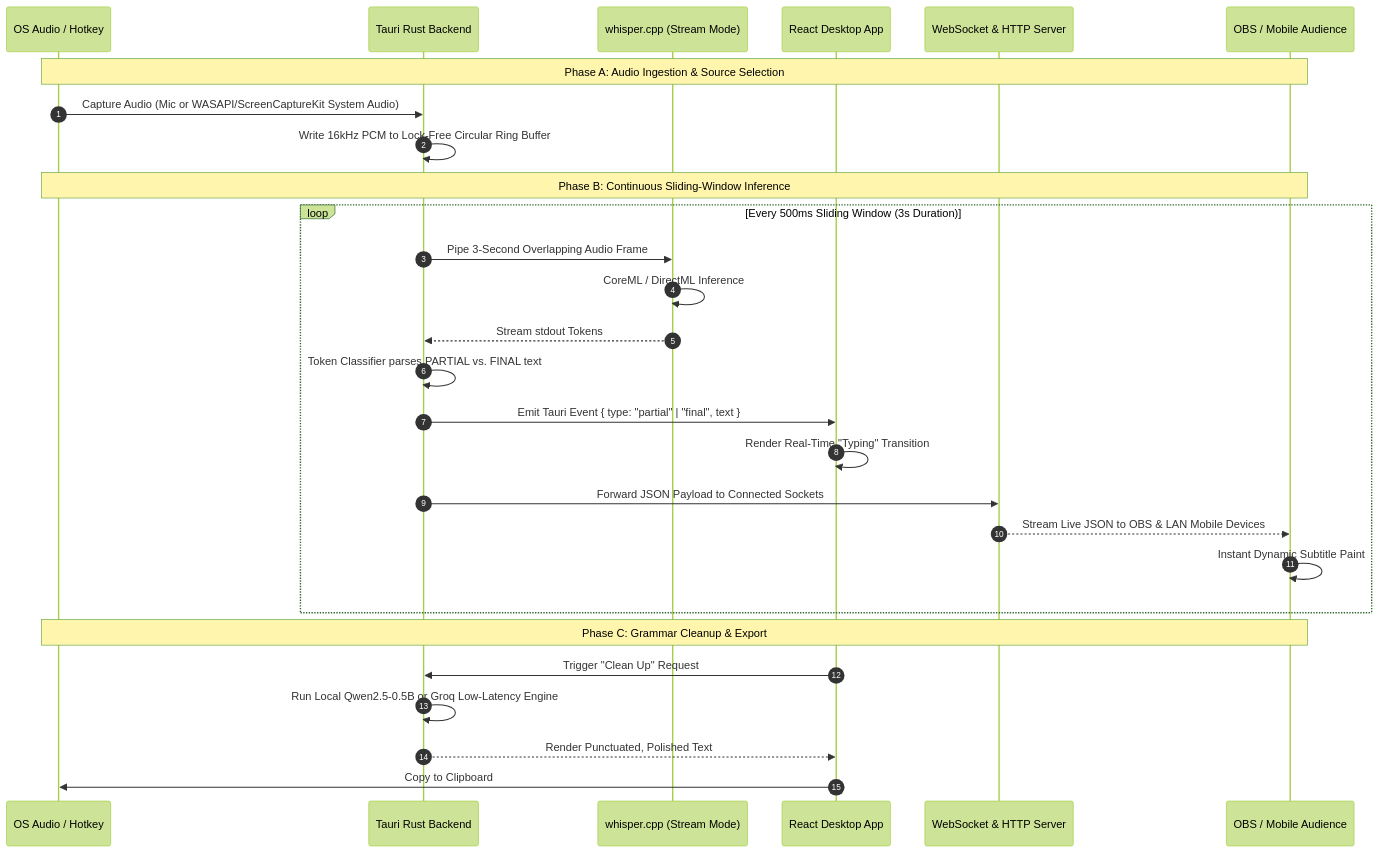
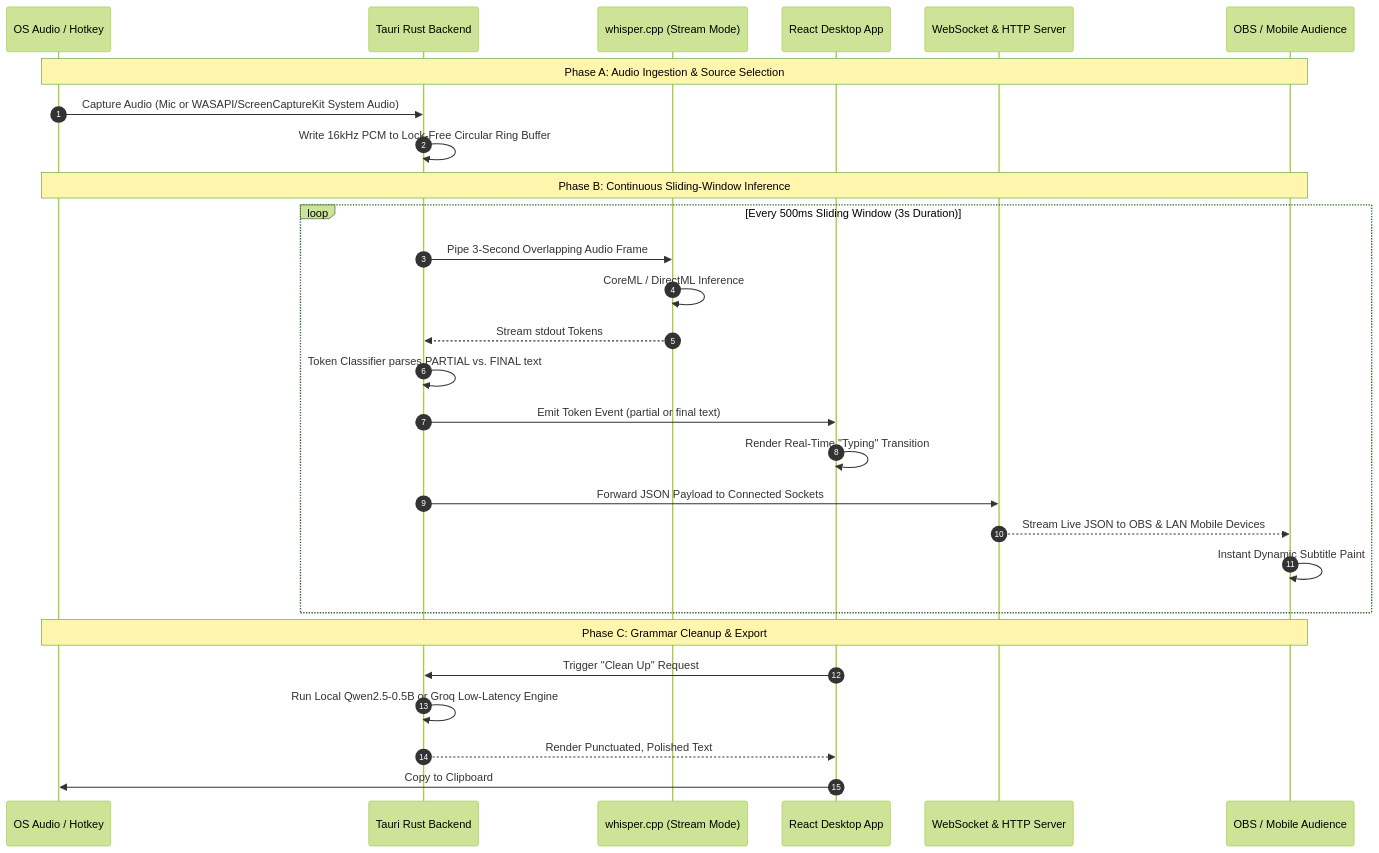
One commit to youknowme19/Team-Neaural_ninjas-Gopalan- changed the second of 2 diagrams in README.md. Above: the diagram before and after it, drawn with Mermaid (forest theme). The commit also changed other lines of this file, not shown here.

Commit message:
fix: resolve Mermaid diagram syntax error by removing curly braces in edge labels

````diff
--- a/README.md
+++ b/README.md
@@ -156,33 +156,33 @@
 ```mermaid
 sequenceDiagram
     autonumber
     participant HostOS as OS Audio / Hotkey
     participant Rust as Tauri Rust Backend
     participant Whisper as whisper.cpp (Stream Mode)
     participant DesktopUI as React Desktop App
     participant Broadcaster as WebSocket & HTTP Server
     participant Audience as OBS / Mobile Audience
 
     Note over HostOS,Audience: Phase A: Audio Ingestion & Source Selection
     HostOS->>Rust: Capture Audio (Mic or WASAPI/ScreenCaptureKit System Audio)
     Rust->>Rust: Write 16kHz PCM to Lock-Free Circular Ring Buffer
 
     Note over HostOS,Audience: Phase B: Continuous Sliding-Window Inference
     loop Every 500ms Sliding Window (3s Duration)
         Rust->>Whisper: Pipe 3-Second Overlapping Audio Frame
         Whisper->>Whisper: CoreML / DirectML Inference
         Whisper-->>Rust: Stream stdout Tokens
         Rust->>Rust: Token Classifier parses PARTIAL vs. FINAL text
-        Rust->>DesktopUI: Emit Tauri Event { type: "partial" | "final", text }
+        Rust->>DesktopUI: Emit Token Event (partial or final text)
         DesktopUI->>DesktopUI: Render Real-Time "Typing" Transition
         Rust->>Broadcaster: Forward JSON Payload to Connected Sockets
         Broadcaster-->>Audience: Stream Live JSON to OBS & LAN Mobile Devices
         Audience->>Audience: Instant Dynamic Subtitle Paint
     end
 
     Note over HostOS,Audience: Phase C: Grammar Cleanup & Export
     DesktopUI->>Rust: Trigger "Clean Up" Request
     Rust->>Rust: Run Local Qwen2.5-0.5B or Groq Low-Latency Engine
     Rust-->>DesktopUI: Render Punctuated, Polished Text
     DesktopUI->>HostOS: Copy to Clipboard
 ```
````
